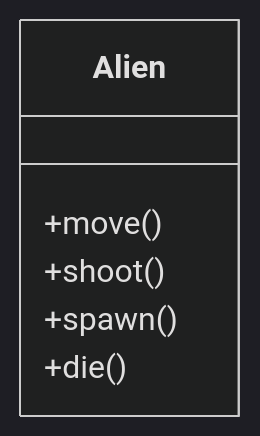
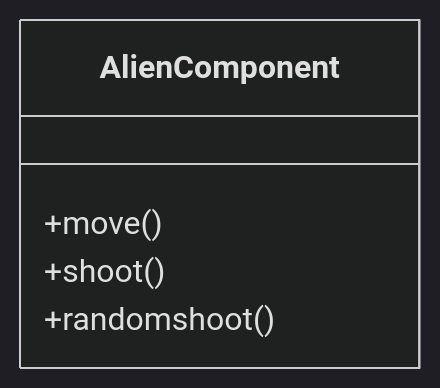
The first of 4 diagrams in docs/README.md (LBF38/Duel-invaders), drawn with Mermaid (dark theme) before and after one commit. The commit also changed other lines of this file and 4 other files, not shown here.

````diff
--- a/docs/README.md
+++ b/docs/README.md
@@ -28,9 +28,8 @@
 ```mermaid
 classDiagram
-    class Alien{
+    class AlienComponent{
         +move()
         +shoot()
-        +spawn()
-        +die()
+        +randomshoot()
     }
 ```
````
